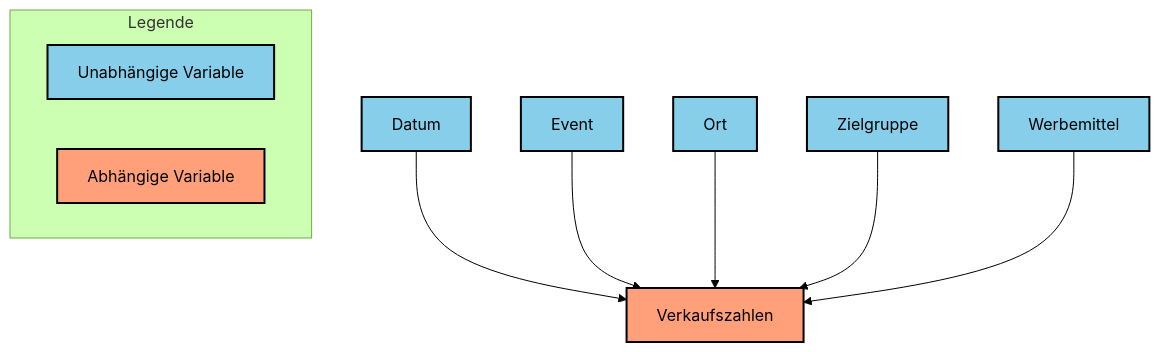
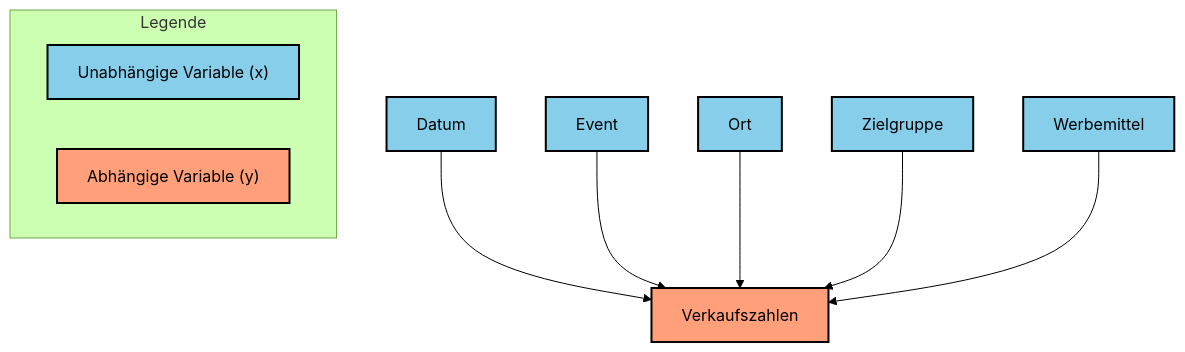
Before and after one commit to t128n/open-fidup: the diagram in src/content/docs/lerninhalte/abhaengige-und-unabhaengige-daten.md, drawn with Mermaid (forest theme). The commit also changed other lines of this file, not shown here.

Commit message:
fix: update title and description for clarity; add variable notation and examples in abhaengige-und-unabhaengige-daten.md

````diff
--- a/src/content/docs/lerninhalte/abhaengige-und-unabhaengige-daten.md
+++ b/src/content/docs/lerninhalte/abhaengige-und-unabhaengige-daten.md
@@ -15,19 +15,19 @@
 ```mermaid
 flowchart TD
     A[Datum] --> F[Verkaufszahlen]
     B[Event] --> F
     C[Ort] --> F
     D[Zielgruppe] --> F
     E[Werbemittel] --> F
 
     classDef independent fill:#87CEEB,stroke:#000,stroke-width:2px
     classDef dependent fill:#FFA07A,stroke:#000,stroke-width:2px
 
     class A,B,C,D,E independent
     class F dependent
     
     subgraph Legende
-      L1[Unabhängige Variable]:::independent
-      L2[Abhängige Variable]:::dependent
+      L1["Unabhängige Variable (x)"]:::independent
+      L2["Abhängige Variable (y)"]:::dependent
     end
 ```
````
